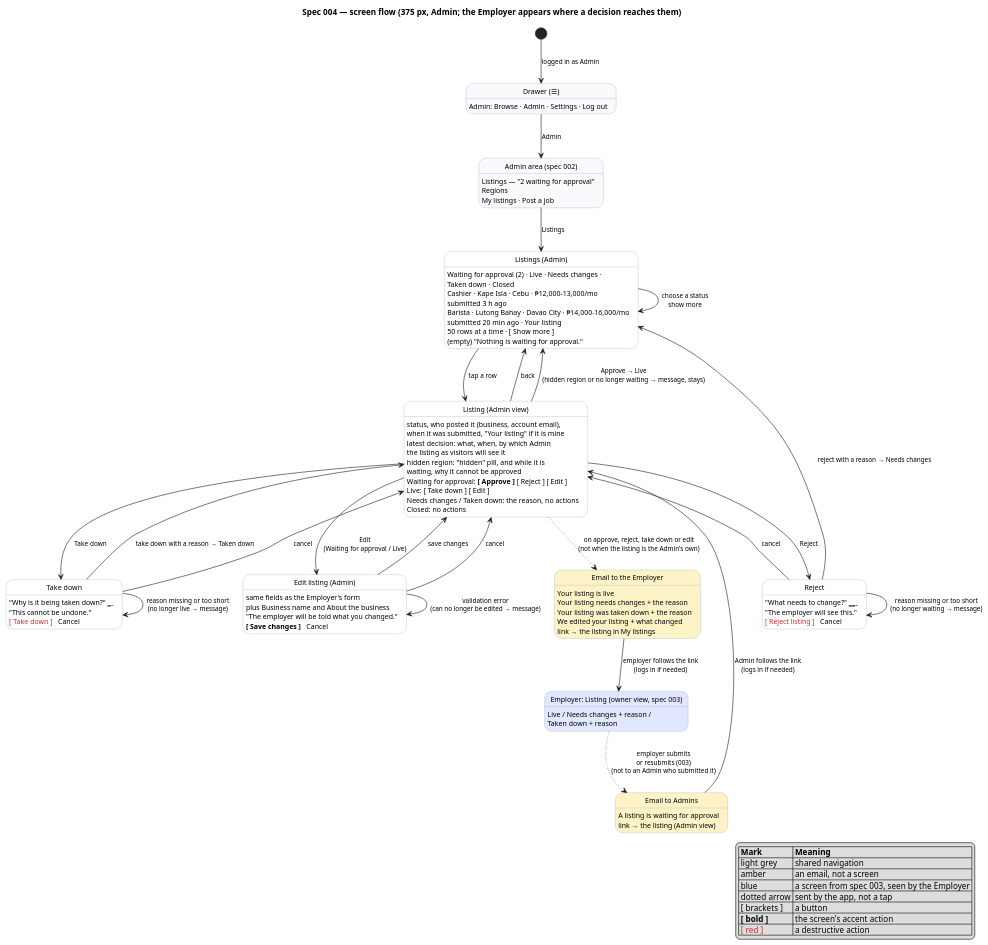
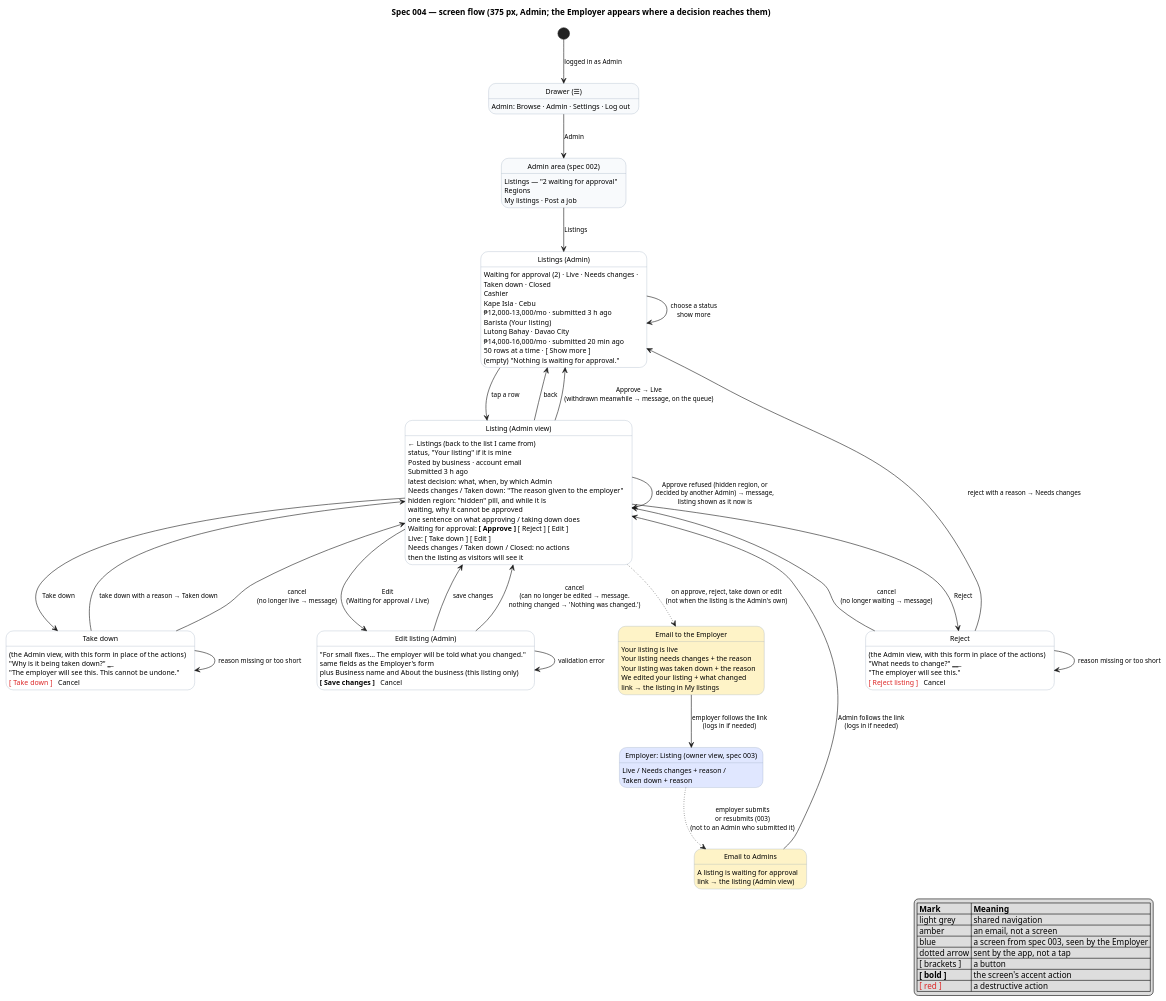
Before and after one commit to raseniero/jairojobs-elixir: the diagram in docs/specs/004-listings-admin-moderation/diagrams/screenflow-moderation.puml, drawn with PlantUML. The commit also changed 23 other files, not shown here.

Commit message:
docs(spec 004): architecture and earlier specs brought in line

```diff
--- a/docs/specs/004-listings-admin-moderation/diagrams/screenflow-moderation.puml
+++ b/docs/specs/004-listings-admin-moderation/diagrams/screenflow-moderation.puml
@@ -1,114 +1,122 @@
 @startuml screenflow-moderation
 ' Spec 004 — screen flow. Each state is a screen (key elements listed); each arrow is a user action.
 ' Every user story US-004-1..11 is a path through this diagram (see table in spec.md).
 
 hide empty description
 skinparam state {
   BackgroundColor white
   BackgroundColor<<public>> #f8fafc
   BackgroundColor<<email>> #fef3c7
   BackgroundColor<<other>> #e0e7ff
   BorderColor #94a3b8
   FontSize 12
 }
 skinparam arrowFontSize 11
 
 title Spec 004 — screen flow (375 px, Admin; the Employer appears where a decision reaches them)
 
 state "Drawer (☰)" as Drawer <<public>>
 Drawer : Admin: Browse · Admin · Settings · Log out
 
 state "Admin area (spec 002)" as AdminArea <<public>>
 AdminArea : Listings — "2 waiting for approval"
 AdminArea : Regions
 AdminArea : My listings · Post a job
 
 state "Listings (Admin)" as Listings
 Listings : Waiting for approval (2) · Live · Needs changes ·
 Listings : Taken down · Closed
-Listings : Cashier · Kape Isla · Cebu · ₱12,000–13,000/mo
-Listings : submitted 3 h ago
-Listings : Barista · Lutong Bahay · Davao City · ₱14,000–16,000/mo
-Listings : submitted 20 min ago · Your listing
+Listings : Cashier
+Listings : Kape Isla · Cebu
+Listings : ₱12,000–13,000/mo · submitted 3 h ago
+Listings : Barista  (Your listing)
+Listings : Lutong Bahay · Davao City
+Listings : ₱14,000–16,000/mo · submitted 20 min ago
 Listings : 50 rows at a time · [ Show more ]
 Listings : (empty) "Nothing is waiting for approval."
 
 state "Listing (Admin view)" as Review
-Review : status, who posted it (business, account email),
-Review : when it was submitted, "Your listing" if it is mine
+Review : ← Listings (back to the list I came from)
+Review : status, "Your listing" if it is mine
+Review : Posted by business · account email
+Review : Submitted 3 h ago
 Review : latest decision: what, when, by which Admin
-Review : the listing as visitors will see it
+Review : Needs changes / Taken down: "The reason given to the employer"
 Review : hidden region: "hidden" pill, and while it is
 Review : waiting, why it cannot be approved
+Review : one sentence on what approving / taking down does
 Review : Waiting for approval: **[ Approve ]** [ Reject ] [ Edit ]
 Review : Live: [ Take down ] [ Edit ]
-Review : Needs changes / Taken down: the reason, no actions
-Review : Closed: no actions
+Review : Needs changes / Taken down / Closed: no actions
+Review : then the listing as visitors will see it
 
 state "Reject" as Reject
+Reject : (the Admin view, with this form in place of the actions)
 Reject : "What needs to change?" ___________
 Reject : "The employer will see this."
 Reject : <color:#dc2626>[ Reject listing ]</color>   Cancel
 
 state "Take down" as TakeDown
+TakeDown : (the Admin view, with this form in place of the actions)
 TakeDown : "Why is it being taken down?" ______
-TakeDown : "This cannot be undone."
+TakeDown : "The employer will see this. This cannot be undone."
 TakeDown : <color:#dc2626>[ Take down ]</color>   Cancel
 
 state "Edit listing (Admin)" as Edit
+Edit : "For small fixes… The employer will be told what you changed."
 Edit : same fields as the Employer's form
-Edit : plus Business name and About the business
-Edit : "The employer will be told what you changed."
+Edit : plus Business name and About the business (this listing only)
 Edit : **[ Save changes ]**   Cancel
 
 state "Email to the Employer" as MailEmployer <<email>>
 MailEmployer : Your listing is live
 MailEmployer : Your listing needs changes + the reason
 MailEmployer : Your listing was taken down + the reason
 MailEmployer : We edited your listing + what changed
 MailEmployer : link → the listing in My listings
 
 state "Email to Admins" as MailAdmins <<email>>
 MailAdmins : A listing is waiting for approval
 MailAdmins : link → the listing (Admin view)
 
 state "Employer: Listing (owner view, spec 003)" as Owner <<other>>
 Owner : Live / Needs changes + reason /
 Owner : Taken down + reason
 
 [*] --> Drawer : logged in as Admin
 Drawer --> AdminArea : Admin
 AdminArea --> Listings : Listings
 Listings --> Listings : choose a status\nshow more
 Listings --> Review : tap a row
 Review --> Listings : back
-Review --> Listings : Approve → Live\n(hidden region or no longer waiting → message, stays)
+Review --> Review : Approve refused (hidden region, or\ndecided by another Admin) → message,\nlisting shown as it now is
+Review --> Listings : Approve → Live\n(withdrawn meanwhile → message, on the queue)
 Review --> Reject : Reject
 Reject --> Listings : reject with a reason → Needs changes
-Reject --> Reject : reason missing or too short\n(no longer waiting → message)
-Reject --> Review : cancel
+Reject --> Reject : reason missing or too short
+Reject --> Review : cancel\n(no longer waiting → message)
 Review --> TakeDown : Take down
 TakeDown --> Review : take down with a reason → Taken down
-TakeDown --> TakeDown : reason missing or too short\n(no longer live → message)
-TakeDown --> Review : cancel
+TakeDown --> TakeDown : reason missing or too short
+TakeDown --> Review : cancel\n(no longer live → message)
 Review --> Edit : Edit\n(Waiting for approval / Live)
 Edit --> Review : save changes
-Edit --> Edit : validation error\n(can no longer be edited → message)
-Edit --> Review : cancel
+Edit --> Edit : validation error
+Edit --> Review : cancel\n(can no longer be edited → message.\nnothing changed → 'Nothing was changed.')
 
 Review -[dotted]-> MailEmployer : on approve, reject, take down or edit\n(not when the listing is the Admin's own)
 MailEmployer --> Owner : employer follows the link\n(logs in if needed)
 Owner -[dotted]-> MailAdmins : employer submits\nor resubmits (003)\n(not to an Admin who submitted it)
 MailAdmins --> Review : Admin follows the link\n(logs in if needed)
 
 legend right
   |= Mark |= Meaning |
   | light grey | shared navigation |
   | amber | an email, not a screen |
   | blue | a screen from spec 003, seen by the Employer |
   | dotted arrow | sent by the app, not a tap |
   | [ brackets ] | a button |
   | **[ bold ]** | the screen's accent action |
   | <color:#dc2626>[ red ]</color> | a destructive action |
 endlegend
 @enduml
```
